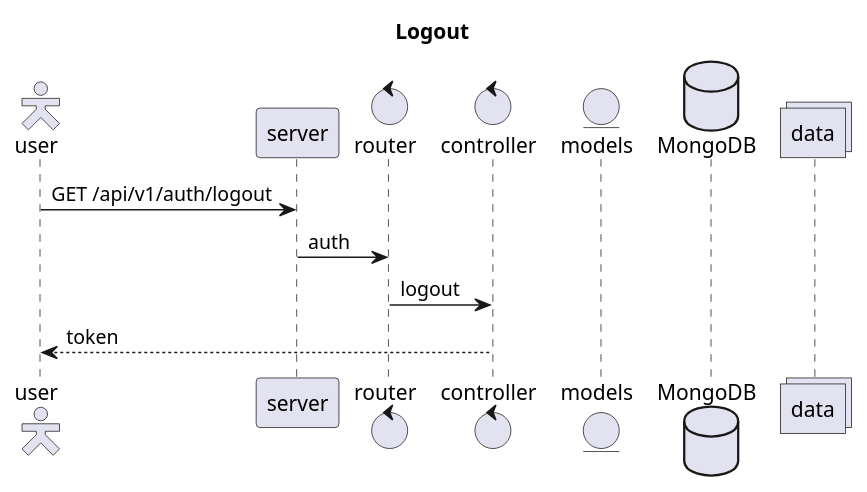
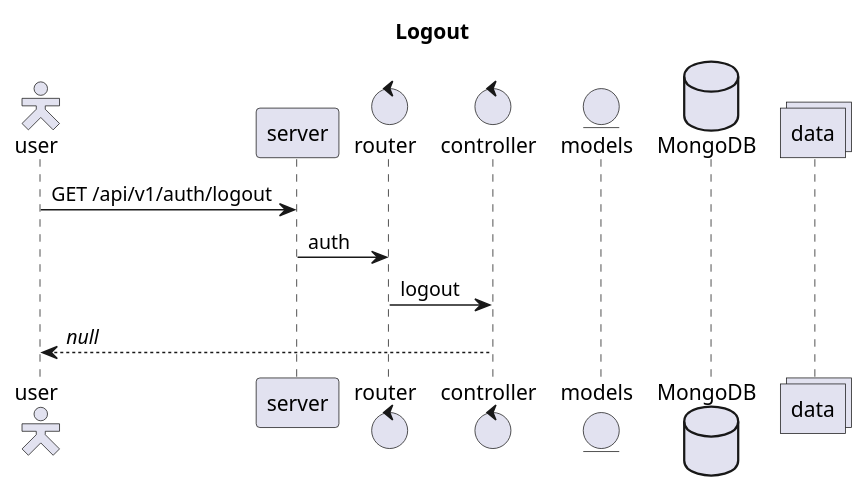
The diagram in diagrams/sequence22_logout.puml (2110503TACEDT66/presentation-day-1-groupback), drawn with PlantUML before and after one commit. The commit also changed 6 other files, not shown here.

Commit message:
diagram update two

```diff
--- a/diagrams/sequence22_logout.puml
+++ b/diagrams/sequence22_logout.puml
@@ -1,15 +1,15 @@
 @startuml sequence
 title Logout
 skinparam actorStyle Hollow
 actor user
 participant server
 control router
 control controller
 entity models
 database MongoDB as db
 collections data
 user -> server : GET /api/v1/auth/logout
 server -> router : auth
 router -> controller : logout
-user <-- controller : token
+user <-- controller : <i>null</i>
 @enduml
```
